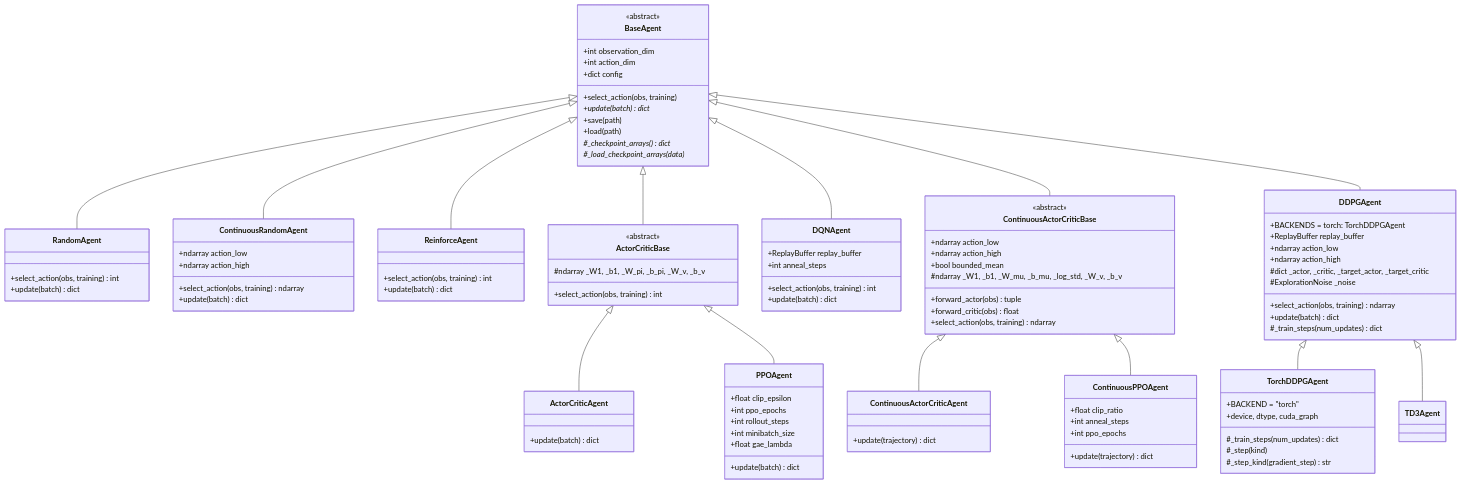
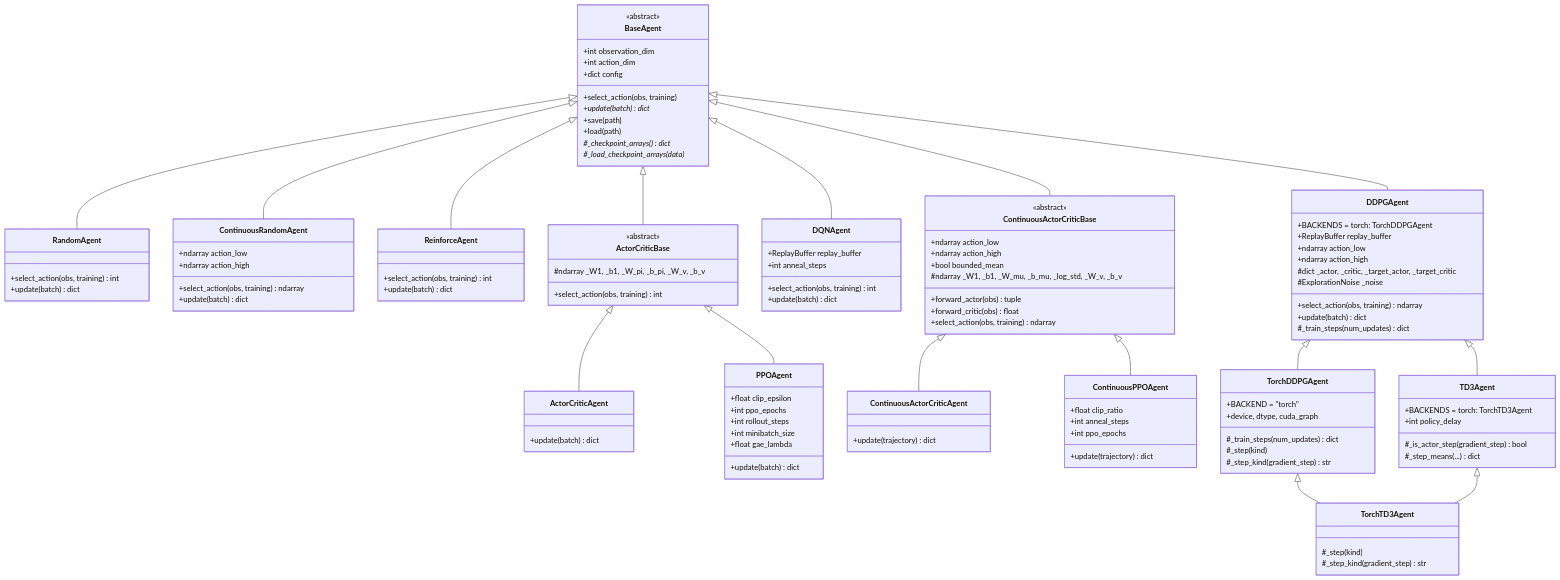
The second of 3 diagrams in ARCHITECTURE.md (andreijw/AI), drawn with Mermaid before and after one commit. The commit also changed other lines of this file and 15 other files, not shown here.

Commit message:
feat(agents): TD3 on the PyTorch backend with critic-only and full CUDA graphs

````diff
--- a/ARCHITECTURE.md
+++ b/ARCHITECTURE.md
@@ -236,6 +236,18 @@
         #_step_kind(gradient_step) str
     }
 
+    class TorchTD3Agent {
+        #_step(kind)
+        #_step_kind(gradient_step) str
+    }
+
+    class TD3Agent {
+        +BACKENDS = torch: TorchTD3Agent
+        +int policy_delay
+        #_is_actor_step(gradient_step) bool
+        #_step_means(...) dict
+    }
+
     class DDPGAgent {
         +BACKENDS = torch: TorchDDPGAgent
         +ReplayBuffer replay_buffer
@@ -261,4 +273,6 @@
     BaseAgent <|-- DDPGAgent
     DDPGAgent <|-- TorchDDPGAgent
     DDPGAgent <|-- TD3Agent
+    TorchDDPGAgent <|-- TorchTD3Agent
+    TD3Agent <|-- TorchTD3Agent
 ```
````
